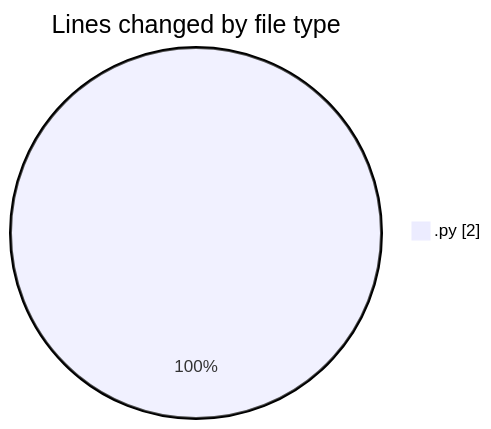
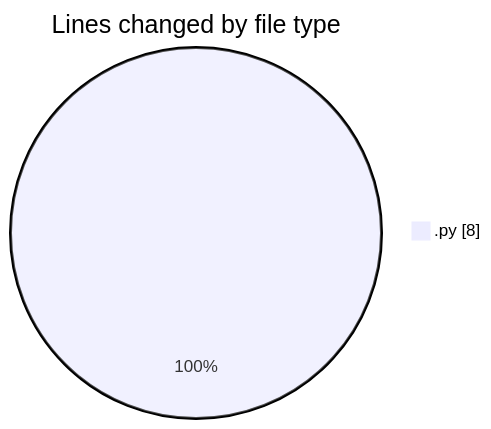
One commit to julien-gomy/code-tracking changed the first of 2 diagrams in 2025-10-30/eventscop-api-guide__workspace_/README.md. Above: the diagram before and after it, drawn with Mermaid. The commit also changed other lines of this file and 1 other file, not shown here.

````diff
--- a/2025-10-30/eventscop-api-guide__workspace_/README.md
+++ b/2025-10-30/eventscop-api-guide__workspace_/README.md
@@ -20,5 +20,5 @@
 ```mermaid
 pie showData
 title Lines changed by file type
-".py" : 2
+".py" : 8
 ```
````
